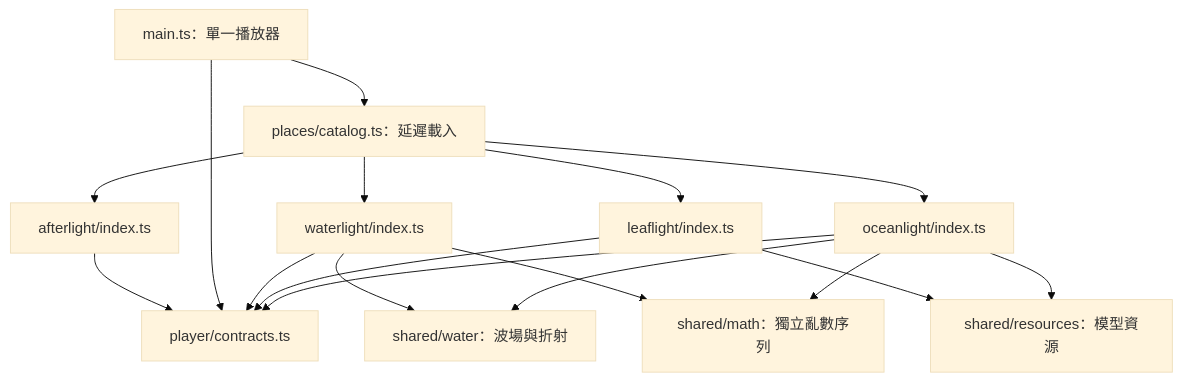
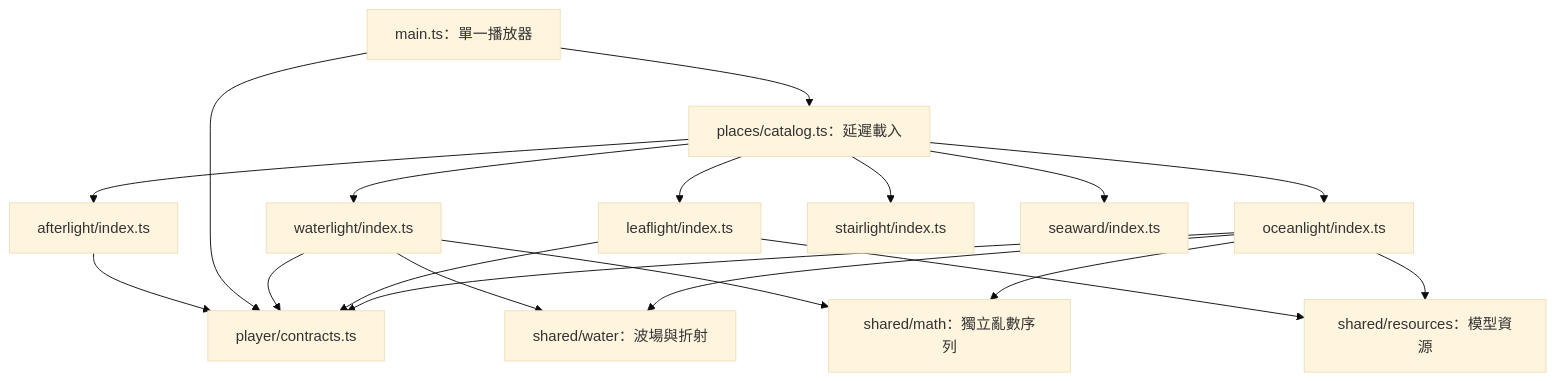
Before and after one commit to ianlkl11234s/quiet-places: the diagram in docs/ARCHITECTURE.md, drawn with Mermaid (base theme). The commit also changed other lines of this file and 11 other files, not shown here.

````diff
--- a/docs/ARCHITECTURE.md
+++ b/docs/ARCHITECTURE.md
@@ -22,19 +25,21 @@
 ```mermaid
 flowchart TD
   Player[main.ts：單一播放器] --> Catalog[places/catalog.ts：延遲載入]
   Catalog --> Water[waterlight/index.ts]
   Catalog --> Leaf[leaflight/index.ts]
   Catalog --> Ocean[oceanlight/index.ts]
   Catalog --> After[afterlight/index.ts]
+  Catalog --> Stair[stairlight/index.ts]
+  Catalog --> Seaward[seaward/index.ts]
   After --> Contract
   Player --> Contract[player/contracts.ts]
   Water --> Contract
   Leaf --> Contract
   Ocean --> Contract
   Water --> Optics[shared/water：波場與折射]
   Ocean --> Optics
   Leaf --> Resources[shared/resources：模型資源]
   Ocean --> Resources
   Water --> Random[shared/math：獨立亂數序列]
   Ocean --> Random
 ```
````
